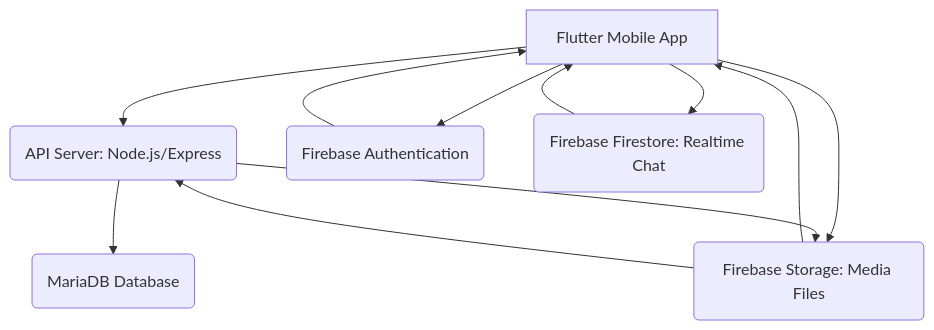
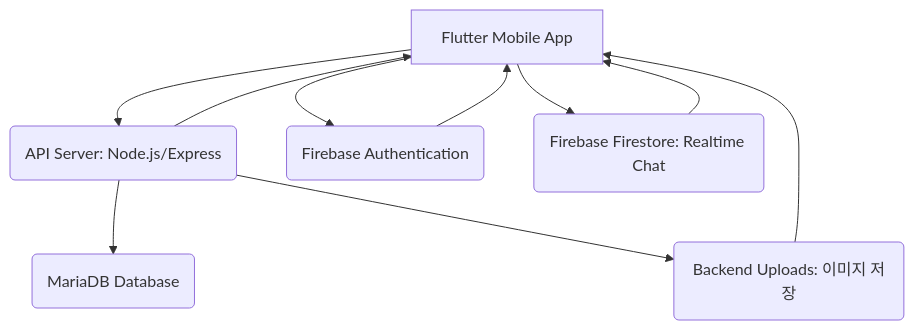
Before and after one commit to devsunset/TravelMate: the diagram in doc/trd.md, drawn with Mermaid. The commit also changed other lines of this file and 42 other files, not shown here.

````diff
--- a/doc/trd.md
+++ b/doc/trd.md
@@ -11,13 +11,12 @@
 ```mermaid
 graph TD
     A[Flutter Mobile App] --> B(API Server: Node.js/Express);
     A --> C(Firebase Authentication);
     A --> D(Firebase Firestore: Realtime Chat);
-    A --> E(Firebase Storage: Media Files);
     B --> F(MariaDB Database);
-    B --> E;
+    B --> G(Backend Uploads: 이미지 저장);
     C --> A;
     D --> A;
-    E --> A;
-    E --> B;
+    B --> A;
+    G --> A;
 ```
````
